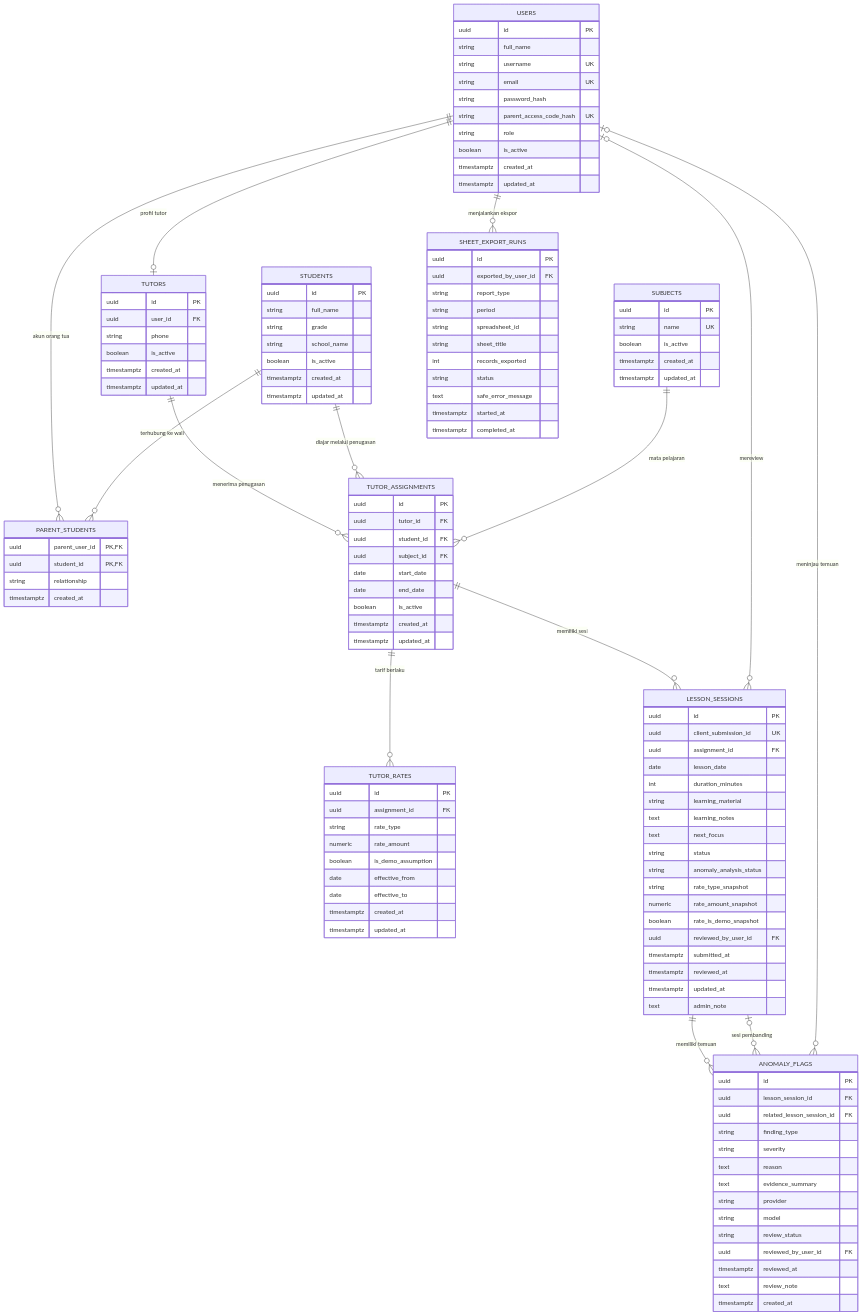
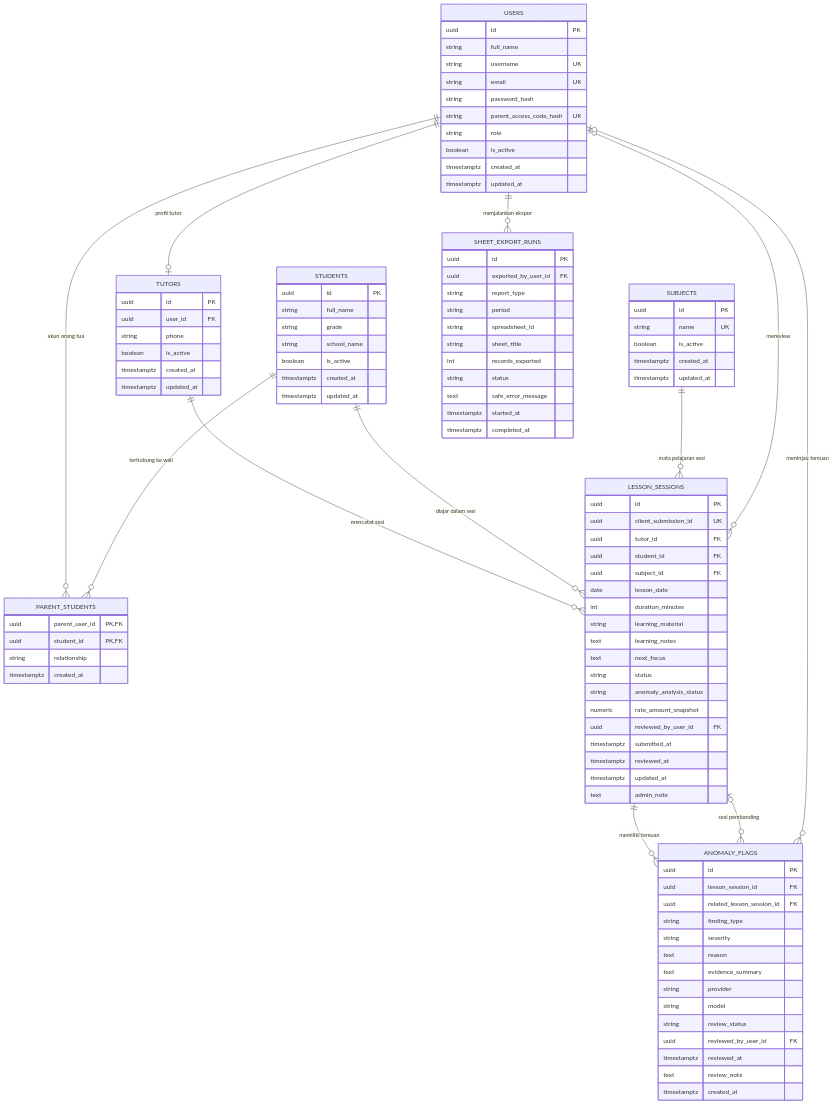
Before and after one commit to KEBAB-SHIIII/mumtaz-bimbel-dashboard: the diagram in docs/14-ERD-AND-DATA-DICTIONARY.md, drawn with Mermaid. The commit also changed other lines of this file and 157 other files, not shown here.

```diff
--- a/docs/14-ERD-AND-DATA-DICTIONARY.md
+++ b/docs/14-ERD-AND-DATA-DICTIONARY.md
@@ -20,12 +20,10 @@
     USERS ||--o{ PARENT_STUDENTS : "akun orang tua"
     STUDENTS ||--o{ PARENT_STUDENTS : "terhubung ke wali"
 
-    TUTORS ||--o{ TUTOR_ASSIGNMENTS : "menerima penugasan"
-    STUDENTS ||--o{ TUTOR_ASSIGNMENTS : "diajar melalui penugasan"
-    SUBJECTS ||--o{ TUTOR_ASSIGNMENTS : "mata pelajaran"
 
-    TUTOR_ASSIGNMENTS ||--o{ TUTOR_RATES : "tarif berlaku"
-    TUTOR_ASSIGNMENTS ||--o{ LESSON_SESSIONS : "memiliki sesi"
+    TUTORS ||--o{ LESSON_SESSIONS : "mencatat sesi"
+    STUDENTS ||--o{ LESSON_SESSIONS : "diajar dalam sesi"
+    SUBJECTS ||--o{ LESSON_SESSIONS : "mata pelajaran sesi"
     USERS o|--o{ LESSON_SESSIONS : "mereview"
 
     LESSON_SESSIONS ||--o{ ANOMALY_FLAGS : "memiliki temuan"
@@ -75,32 +73,12 @@
         timestamptz created_at
         timestamptz updated_at
     }
-    TUTOR_ASSIGNMENTS {
+    LESSON_SESSIONS {
         uuid id PK
+        uuid client_submission_id UK
         uuid tutor_id FK
         uuid student_id FK
         uuid subject_id FK
-        date start_date
-        date end_date
-        boolean is_active
-        timestamptz created_at
-        timestamptz updated_at
-    }
-    TUTOR_RATES {
-        uuid id PK
-        uuid assignment_id FK
-        string rate_type
-        numeric rate_amount
-        boolean is_demo_assumption
-        date effective_from
-        date effective_to
-        timestamptz created_at
-        timestamptz updated_at
-    }
-    LESSON_SESSIONS {
-        uuid id PK
-        uuid client_submission_id UK
-        uuid assignment_id FK
         date lesson_date
         int duration_minutes
         string learning_material
@@ -108,9 +86,7 @@
         text next_focus
         string status
         string anomaly_analysis_status
-        string rate_type_snapshot
         numeric rate_amount_snapshot
-        boolean rate_is_demo_snapshot
         uuid reviewed_by_user_id FK
         timestamptz submitted_at
         timestamptz reviewed_at
```
